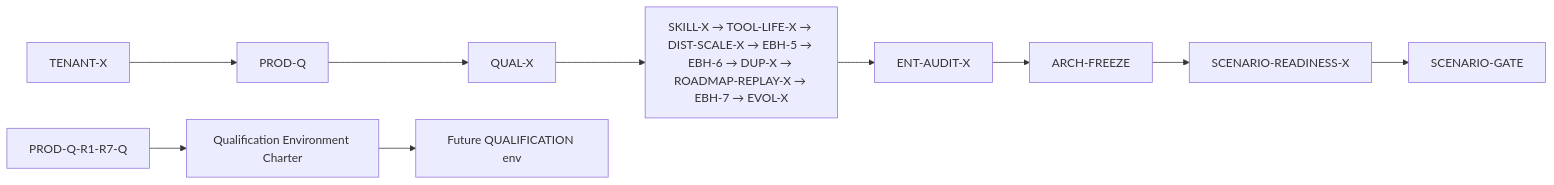
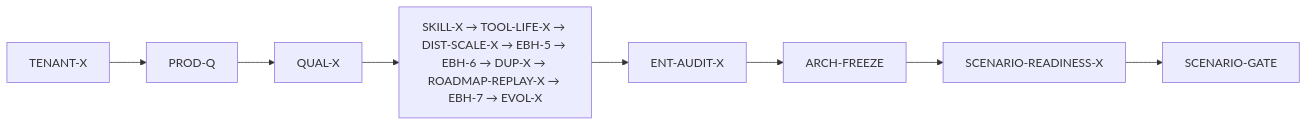
One commit to jakbuczarnecki/intergrax changed the second of 3 diagrams in docs/project/maintainers/qualification/PROD_Q_R1_R7_Q_QUALIFICATION_ENVIRONMENT_CHARTER.md. Above: the diagram before and after it, drawn with Mermaid. The commit also changed other lines of this file, not shown here.

First line of the commit message:
docs(qual): correct charter authorization status and H.2 dependencies

````diff
--- a/docs/project/maintainers/qualification/PROD_Q_R1_R7_Q_QUALIFICATION_ENVIRONMENT_CHARTER.md
+++ b/docs/project/maintainers/qualification/PROD_Q_R1_R7_Q_QUALIFICATION_ENVIRONMENT_CHARTER.md
@@ -400,23 +402,19 @@
 ```mermaid
 flowchart LR
   TENANT_X[TENANT-X]
   PROD_Q[PROD-Q]
   QUAL_X[QUAL-X]
   LATE[SKILL-X → TOOL-LIFE-X → DIST-SCALE-X → EBH-5 → EBH-6 → DUP-X → ROADMAP-REPLAY-X → EBH-7 → EVOL-X]
   ENT_AUDIT[ENT-AUDIT-X]
   ARCH_FREEZE[ARCH-FREEZE]
   SCENARIO_READY[SCENARIO-READINESS-X]
   SCENARIO_GATE[SCENARIO-GATE]
-  CHARTER[Qualification Environment Charter]
-  QUAL_ENV[Future QUALIFICATION env]
 
   TENANT_X --> PROD_Q
   PROD_Q --> QUAL_X
   QUAL_X --> LATE
   LATE --> ENT_AUDIT
   ENT_AUDIT --> ARCH_FREEZE
   ARCH_FREEZE --> SCENARIO_READY
   SCENARIO_READY --> SCENARIO_GATE
-  PROD_Q_R1_R7_Q[PROD-Q-R1-R7-Q] --> CHARTER
-  CHARTER --> QUAL_ENV
 ```
````
